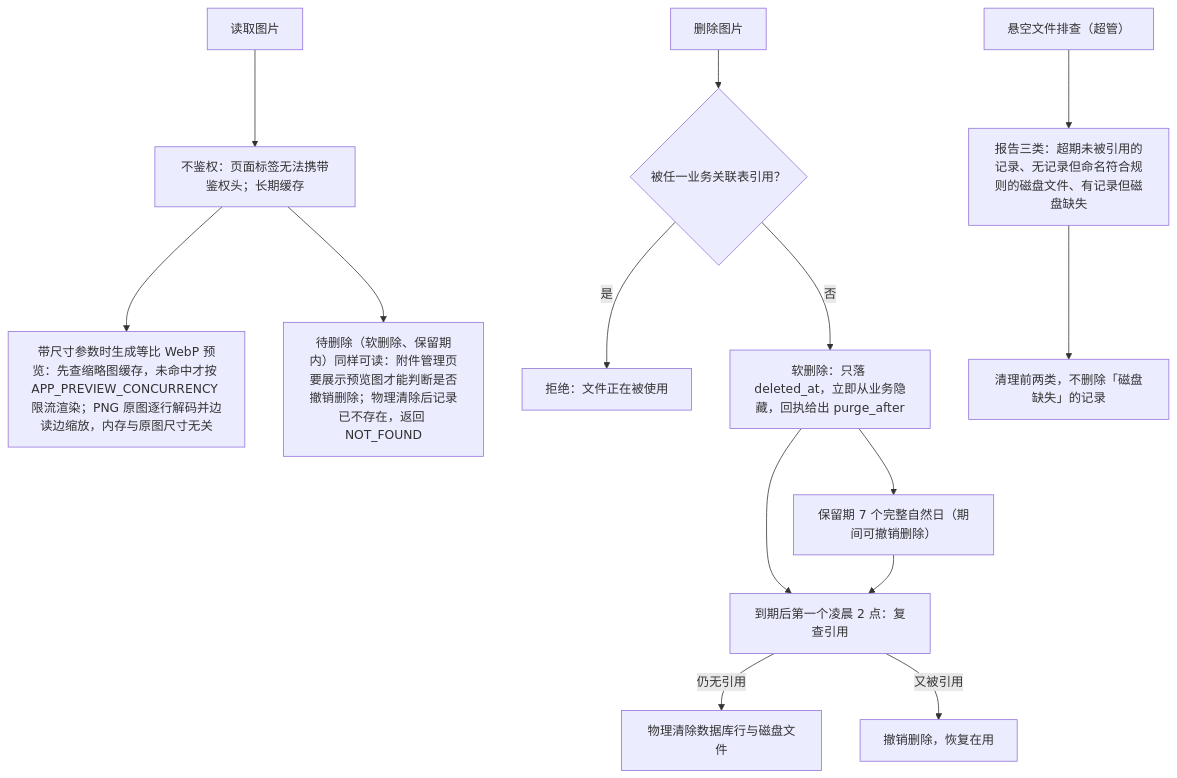
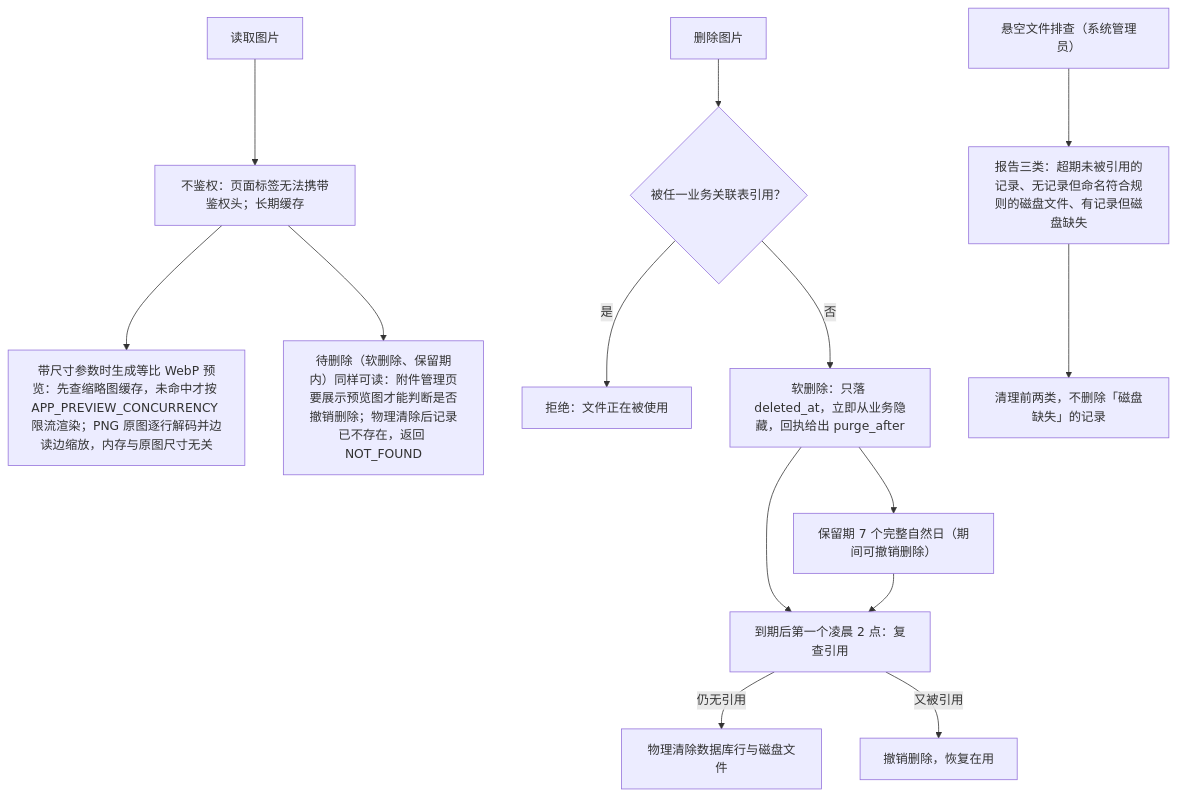
Diagram 21 of 31 in docs/websites/pages/dev-flows.md (Sakana-1314/Electrical-Manager), drawn with Mermaid before and after one commit. The commit also changed other lines of this file and 74 other files, not shown here.

````diff
--- a/docs/websites/pages/dev-flows.md
+++ b/docs/websites/pages/dev-flows.md
@@ -353,16 +353,16 @@
 ```mermaid
 flowchart TD
     A["读取图片"] --> B["不鉴权：页面标签无法携带鉴权头；长期缓存"]
     B --> C["带尺寸参数时生成等比 WebP 预览：先查缩略图缓存，未命中才按 APP_PREVIEW_CONCURRENCY 限流渲染；PNG 原图逐行解码并边读边缩放，内存与原图尺寸无关"]
     B --> B1["待删除（软删除、保留期内）同样可读：附件管理页要展示预览图才能判断是否撤销删除；物理清除后记录已不存在，返回 NOT_FOUND"]
     D["删除图片"] --> E{"被任一业务关联表引用？"}
     E -- "是" --> F["拒绝：文件正在被使用"]
     E -- "否" --> G["软删除：只落 deleted_at，立即从业务隐藏，回执给出 purge_after"]
     G --> G1["保留期 7 个完整自然日（期间可撤销删除）"]
     G --> G2["批量标记还有新人保护期：上传未满 7 天且从未被引用的附件本轮不标记"]
     G1 --> G2["到期后第一个凌晨 2 点：复查引用"]
     G2 -- "仍无引用" --> G3["物理清除数据库行与磁盘文件"]
     G2 -- "又被引用" --> G4["撤销删除，恢复在用"]
-    H["悬空文件排查（超管）"] --> I["报告三类：超期未被引用的记录、无记录但命名符合规则的磁盘文件、有记录但磁盘缺失"]
+    H["悬空文件排查（系统管理员）"] --> I["报告三类：超期未被引用的记录、无记录但命名符合规则的磁盘文件、有记录但磁盘缺失"]
     I --> J["清理前两类，不删除「磁盘缺失」的记录"]
 ```
````
